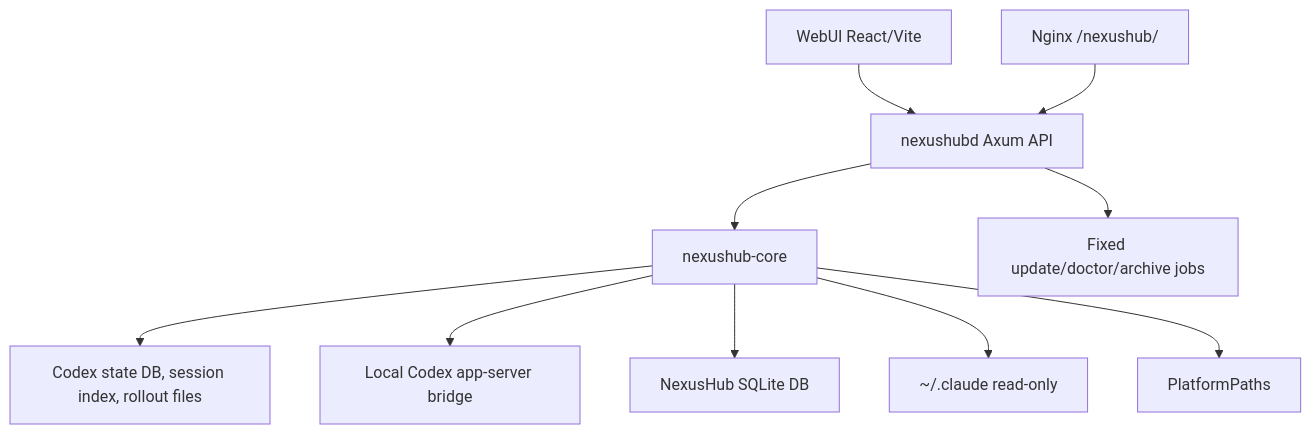
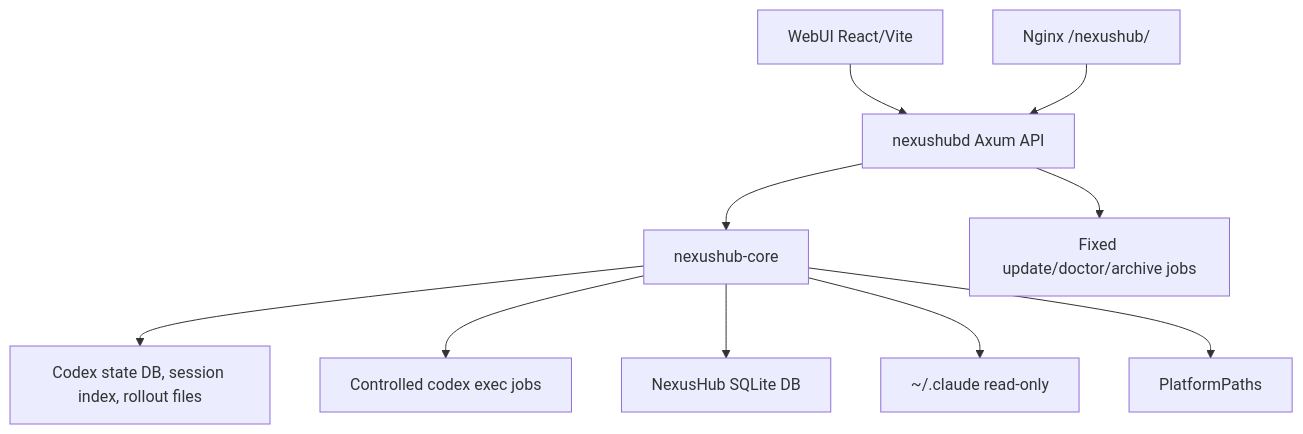
Before and after one commit to lich13/nexushub: the diagram in docs/analysis/project-overview.md, drawn with Mermaid. The commit also changed other lines of this file and 35 other files, not shown here.

Commit message:
Remove app-server dependency from NexusHub

````diff
--- a/docs/analysis/project-overview.md
+++ b/docs/analysis/project-overview.md
@@ -9,12 +9,12 @@
 ```mermaid
 flowchart TD
     Browser[WebUI React/Vite] --> API[nexushubd Axum API]
     API --> Core[nexushub-core]
     Core --> CodexState[Codex state DB, session index, rollout files]
-    Core --> Bridge[Local Codex app-server bridge]
+    Core --> Jobs[Controlled codex exec jobs]
     Core --> PanelDb[NexusHub SQLite DB]
     Core --> ClaudeHome[~/.claude read-only]
     Core --> Platform[PlatformPaths]
     API --> FixedJobs[Fixed update/doctor/archive jobs]
     Nginx[Nginx /nexushub/] --> API
 ```
````
